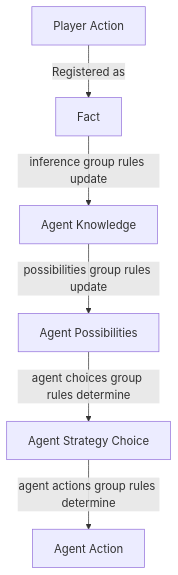
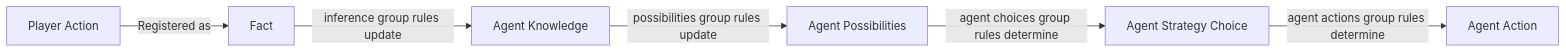
The diagram in docs/deep-lore.md (rchDev/game-of-points), drawn with Mermaid before and after one commit.

Commit message:
[docs]: add a bunch of stuff to deep-lore.md

````diff
--- a/docs/deep-lore.md
+++ b/docs/deep-lore.md
@@ -40,8 +40,8 @@
 ```mermaid
-graph TD;
+graph LR;
     A[Player Action] -->|Registered as| B[Fact];
     B -->|inference group rules update| C[Agent Knowledge];
     C -->|possibilities group rules update| D[Agent Possibilities];
     D -->|agent choices group rules determine| E[Agent Strategy Choice];
     E -->|agent actions group rules determine| F[Agent Action];
 ```
````
